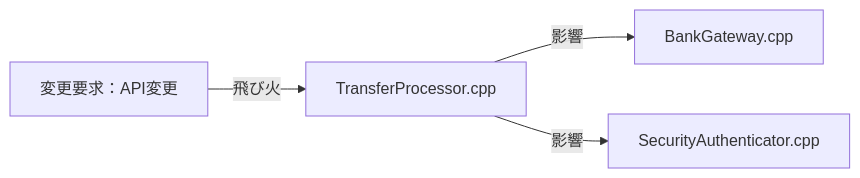
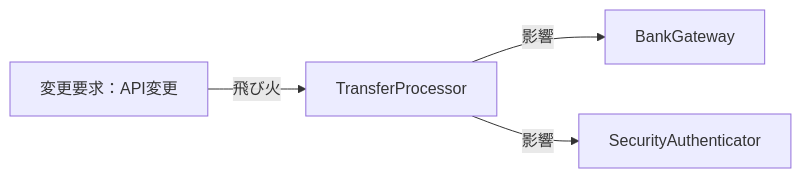
One commit to kumachan1101-pixel/DesignPattern changed the second of 5 diagrams in kindle/design-patterns/output/chapter02.md. Above: the diagram before and after it, drawn with Mermaid. The commit also changed other lines of this file and 8 other files, not shown here.

````diff
--- a/kindle/design-patterns/output/chapter02.md
+++ b/kindle/design-patterns/output/chapter02.md
@@ -331,6 +329,6 @@
 ```mermaid
 graph LR
-    T1["変更要求：API変更"] -->|"飛び火"| A["TransferProcessor.cpp"]
-    A -->|"影響"| B["BankGateway.cpp"]
-    A -->|"影響"| C["SecurityAuthenticator.cpp"]
+    T1["変更要求：API変更"] -->|"飛び火"| A["TransferProcessor"]
+    A -->|"影響"| B["BankGateway"]
+    A -->|"影響"| C["SecurityAuthenticator"]
 ```
````
